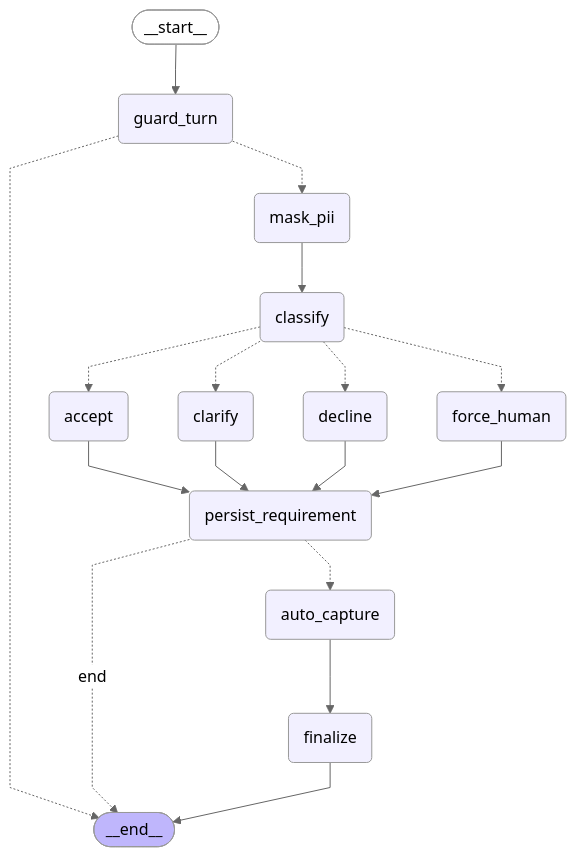
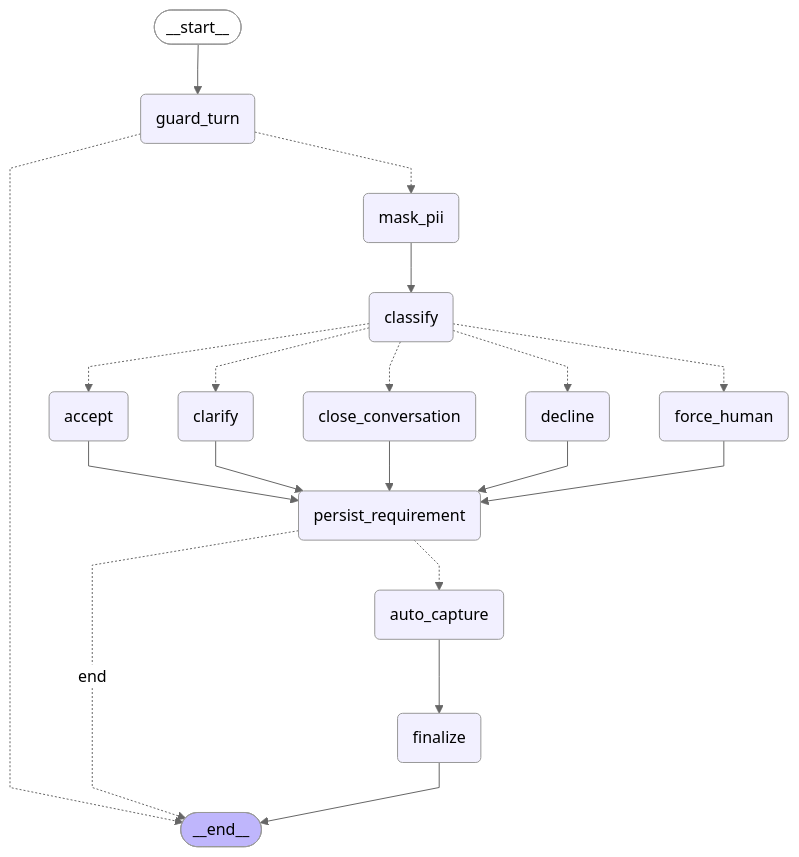
One commit to ChristianMendozaa/banking-orchestration-system changed the second of 5 diagrams in docs/orchestration.md. Above: the diagram before and after it, drawn with Mermaid (neutral theme). The commit also changed other lines of this file and 12 other files, not shown here.

First line of the commit message:
Close the conversation when the customer says they are done

````diff
--- a/docs/orchestration.md
+++ b/docs/orchestration.md
@@ -149,39 +149,42 @@
 ```mermaid
 ---
 config:
   flowchart:
     curve: linear
 ---
 graph TD;
 	__start__([<p>__start__</p>]):::first
 	guard_turn(guard_turn)
 	mask_pii(mask_pii)
 	classify(classify)
 	clarify(clarify)
 	force_human(force_human)
 	accept(accept)
 	decline(decline)
+	close_conversation(close_conversation)
 	persist_requirement(persist_requirement)
 	auto_capture(auto_capture)
 	finalize(finalize)
 	__end__([<p>__end__</p>]):::last
 	__start__ --> guard_turn;
 	accept --> persist_requirement;
 	auto_capture --> finalize;
 	clarify --> persist_requirement;
 	classify -.-> accept;
 	classify -.-> clarify;
+	classify -.-> close_conversation;
 	classify -.-> decline;
 	classify -.-> force_human;
+	close_conversation --> persist_requirement;
 	decline --> persist_requirement;
 	force_human --> persist_requirement;
 	guard_turn -.-> __end__;
 	guard_turn -.-> mask_pii;
 	mask_pii --> classify;
 	persist_requirement -. &nbsp;end&nbsp; .-> __end__;
 	persist_requirement -.-> auto_capture;
 	finalize --> __end__;
 	classDef default fill:#f2f0ff,line-height:1.2
 	classDef first fill-opacity:0
 	classDef last fill:#bfb6fc
 ```
````
